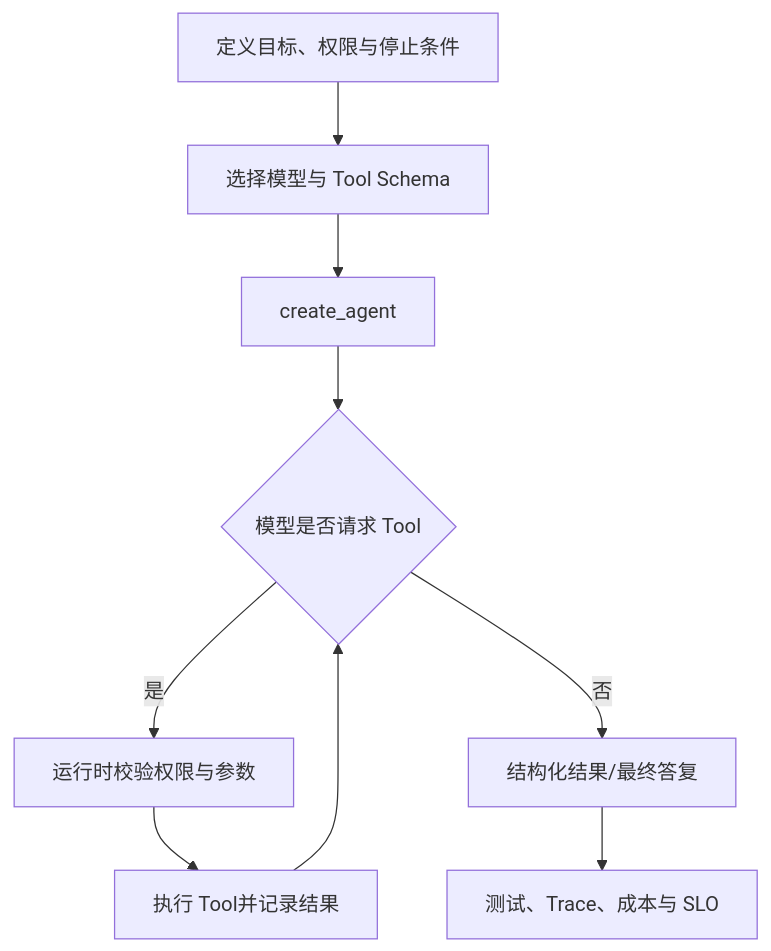
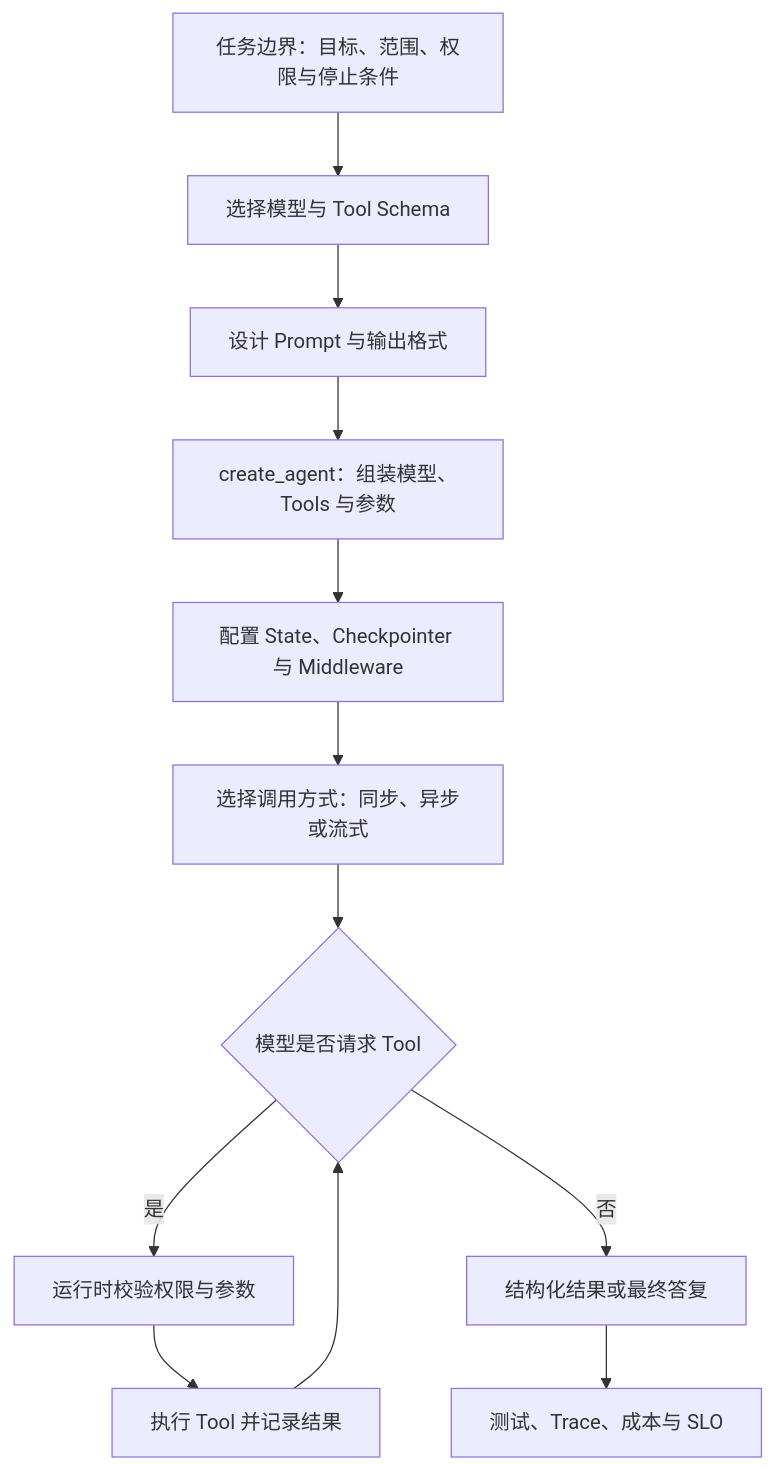
One commit to lijihao-0804/interview-forge changed the first of 2 diagrams in books/小林面试笔记AI/langchain/02-使用 LangChain 构建 Agent 的核心步骤是什么？.md. Above: the diagram before and after it, drawn with Mermaid. The commit also changed other lines of this file and 142 other files, not shown here.

Commit message:
docs: improve OCR notes and flow diagrams

````diff
--- a/books/小林面试笔记AI/langchain/02-使用 LangChain 构建 Agent 的核心步骤是什么？.md
+++ b/books/小林面试笔记AI/langchain/02-使用 LangChain 构建 Agent 的核心步骤是什么？.md
@@ -40,11 +40,14 @@
 ```mermaid
 flowchart TD
-    A[定义目标、权限与停止条件] --> B[选择模型与 Tool Schema]
-    B --> C[create_agent]
-    C --> D{模型是否请求 Tool}
-    D -->|是| E[运行时校验权限与参数]
-    E --> F[执行 Tool并记录结果]
-    F --> D
-    D -->|否| G[结构化结果/最终答复]
-    G --> H[测试、Trace、成本与 SLO]
+    A[任务边界：目标、范围、权限与停止条件] --> B[选择模型与 Tool Schema]
+    B --> C[设计 Prompt 与输出格式]
+    C --> D[create_agent：组装模型、Tools 与参数]
+    D --> E[配置 State、Checkpointer 与 Middleware]
+    E --> F[选择调用方式：同步、异步或流式]
+    F --> G{模型是否请求 Tool}
+    G -->|是| H[运行时校验权限与参数]
+    H --> I[执行 Tool 并记录结果]
+    I --> G
+    G -->|否| J[结构化结果或最终答复]
+    J --> K[测试、Trace、成本与 SLO]
 ```
````
